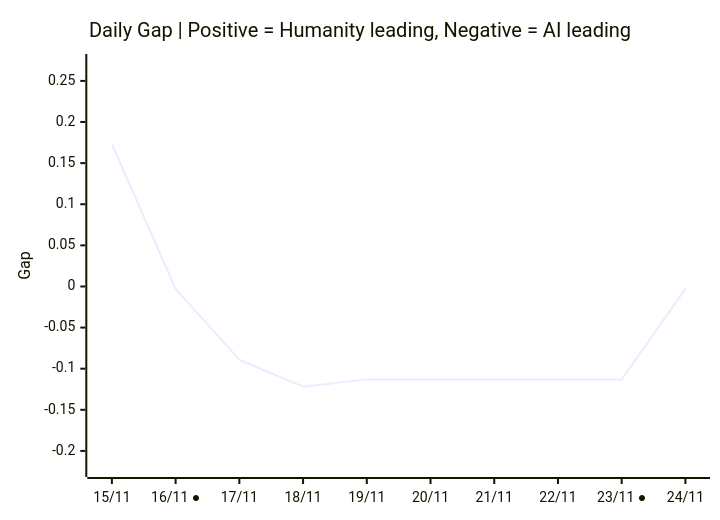
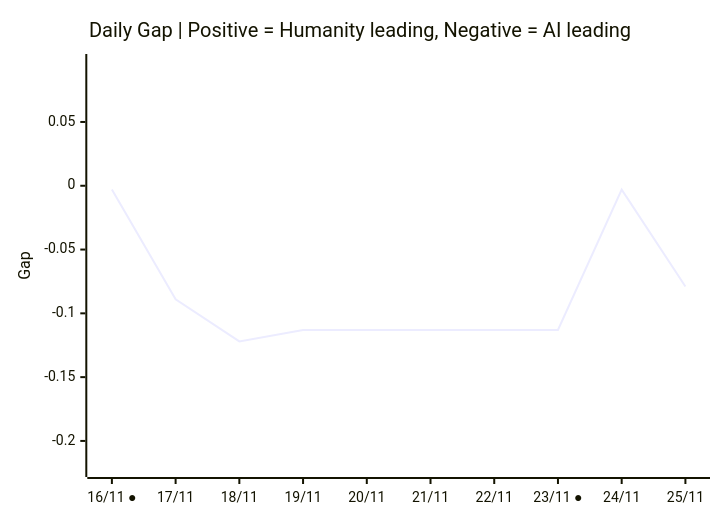
The third of 3 diagrams in README.md (VQQLK/Human-AI-Monitor), drawn with Mermaid before and after one commit. The commit also changed other lines of this file and 5 other files, not shown here.

````diff
--- a/README.md
+++ b/README.md
@@ -55,7 +55,7 @@
 ```mermaid
 xychart-beta
     title "Daily Gap | Positive = Humanity leading, Negative = AI leading"
-    x-axis ["15/11", "16/11 ●", "17/11", "18/11", "19/11", "20/11", "21/11", "22/11", "23/11 ●", "24/11"]
-    y-axis "Gap" -0.222 --> 0.273
-    line [0.173, -0.003, -0.089, -0.122, -0.113, -0.113, -0.113, -0.113, -0.113, -0.003]
+    x-axis ["16/11 ●", "17/11", "18/11", "19/11", "20/11", "21/11", "22/11", "23/11 ●", "24/11", "25/11"]
+    y-axis "Gap" -0.222 --> 0.097
+    line [-0.003, -0.089, -0.122, -0.113, -0.113, -0.113, -0.113, -0.113, -0.003, -0.079]
 ```
````
